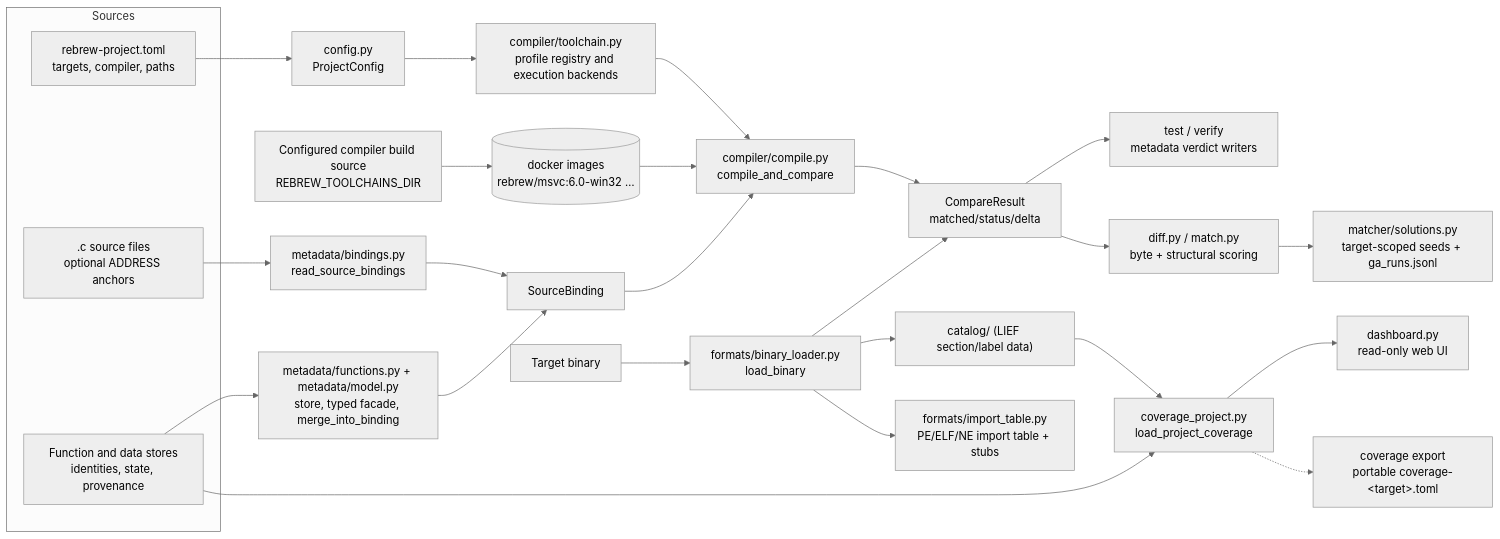
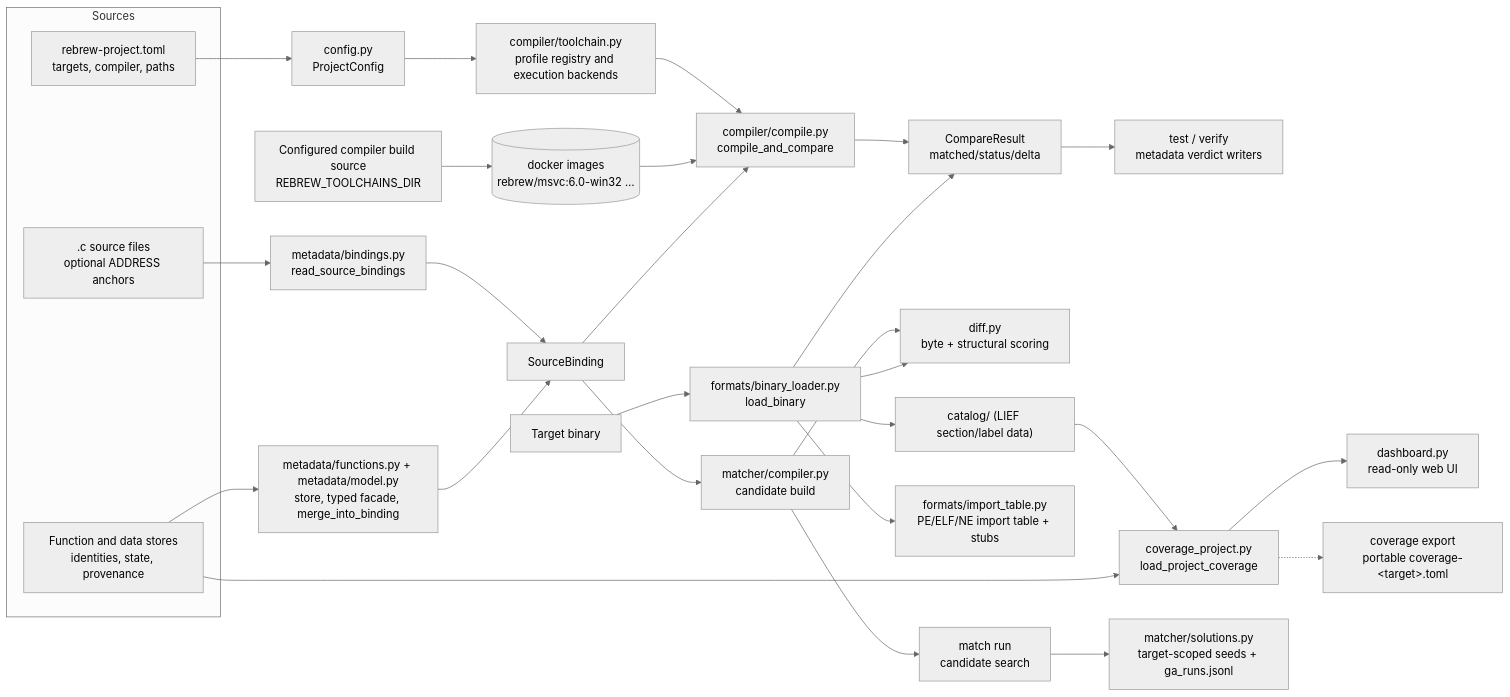
One commit to maci0/rebrew changed the diagram in docs/ARCHITECTURE.md. Above: the diagram before and after it, drawn with Mermaid (neutral theme). The commit also changed other lines of this file and 114 other files, not shown here.

````diff
--- a/docs/ARCHITECTURE.md
+++ b/docs/ARCHITECTURE.md
@@ -16,37 +16,40 @@
 ```mermaid
 flowchart LR
     subgraph Sources
         C[".c source files<br/>optional ADDRESS anchors"]
         TOML["rebrew-project.toml<br/>targets, compiler, paths"]
         META["Function and data stores<br/>identities, state, provenance"]
     end
 
     C --> ANNOT["metadata/bindings.py<br/>read_source_bindings"]
     META --> FACADE["metadata/functions.py + metadata/model.py<br/>store, typed facade, merge_into_binding"]
     TOML --> CFG["config.py<br/>ProjectConfig"]
 
     ANNOT --> MERGED["SourceBinding"]
     FACADE --> MERGED
 
     CFG --> TOOLCHAIN["compiler/toolchain.py<br/>profile registry and execution backends"]
     RT["Configured compiler build source<br/>REBREW_TOOLCHAINS_DIR"] --> IMG[("docker images<br/>rebrew/msvc:6.0-win32 …")]
     TOOLCHAIN --> COMPILE["compiler/compile.py<br/>compile_and_compare"]
     IMG --> COMPILE
 
     BIN["Target binary"] --> LOAD["formats/binary_loader.py<br/>load_binary"]
     MERGED --> COMPILE
     COMPILE --> CMP["CompareResult<br/>matched/status/delta"]
     LOAD --> CMP
 
     CMP --> STATUS["test / verify<br/>metadata verdict writers"]
-    CMP --> DIFF["diff.py / match.py<br/>byte + structural scoring"]
+    MERGED --> CANDIDATE["matcher/compiler.py<br/>candidate build"]
+    CANDIDATE --> DIFF["diff.py<br/>byte + structural scoring"]
+    LOAD --> DIFF
 
     LOAD --> CATALOG["catalog/ (LIEF section/label data)"]
     CATALOG --> COVERAGE["coverage_project.py<br/>load_project_coverage"]
     META --> COVERAGE
     COVERAGE --> DASH["dashboard.py<br/>read-only web UI"]
     COVERAGE -.-> DB["coverage export<br/>portable coverage-&lt;target&gt;.toml"]
 
     LOAD --> IMPORTS["formats/import_table.py<br/>PE/ELF/NE import table + stubs"]
-    DIFF --> SOL["matcher/solutions.py<br/>target-scoped seeds + ga_runs.jsonl"]
+    CANDIDATE --> GA["match run<br/>candidate search"]
+    GA --> SOL["matcher/solutions.py<br/>target-scoped seeds + ga_runs.jsonl"]
 ```
````
